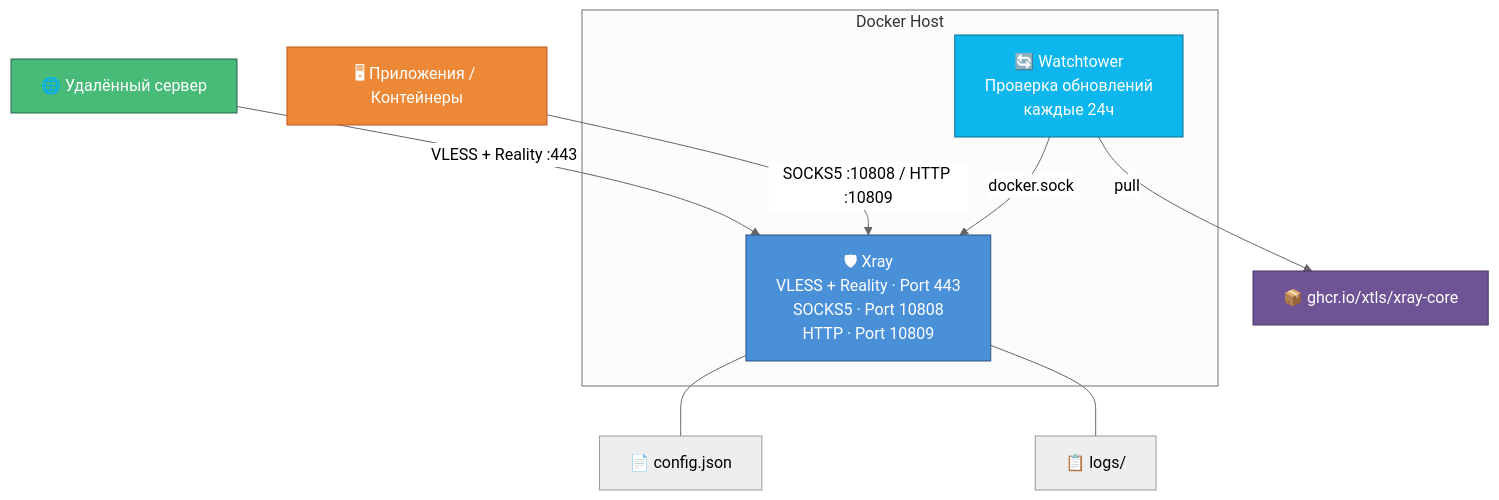
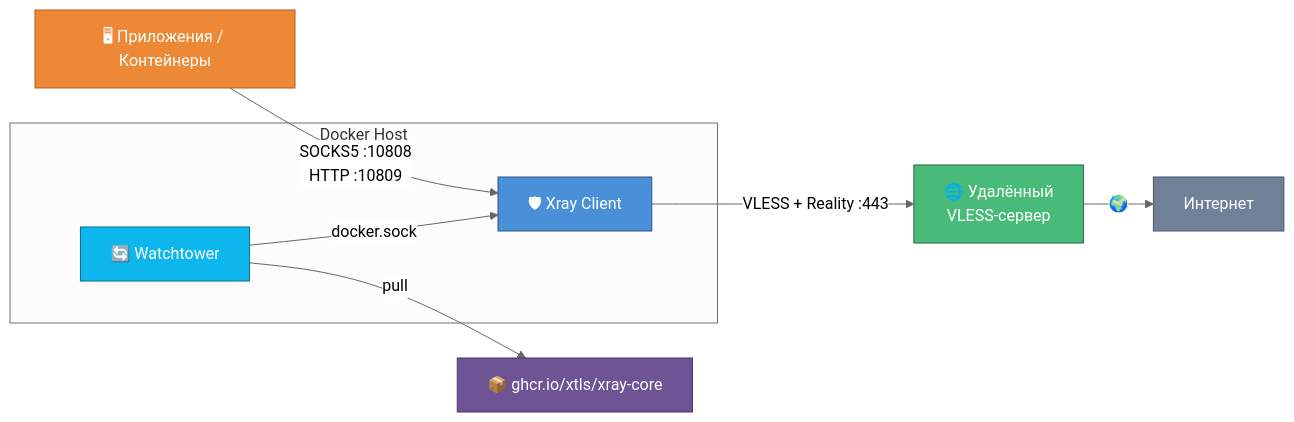
The diagram in README.md (wojidaokz/xray-docker-autoupdate), drawn with Mermaid (neutral theme) before and after one commit. The commit also changed other lines of this file and 2 other files, not shown here.

First line of the commit message:
Restructure as client proxy: fix config, compose, and README

````diff
--- a/README.md
+++ b/README.md
@@ -36,20 +42,21 @@
 ```mermaid
-graph TB
+graph LR
+    A[🖥 Приложения / Контейнеры] -->|SOCKS5 :10808<br/>HTTP :10809| X
+
     subgraph Docker Host
-        X[🛡 Xray<br/>VLESS + Reality · Port 443<br/>SOCKS5 · Port 10808<br/>HTTP · Port 10809]
-        W[🔄 Watchtower<br/>Проверка обновлений<br/>каждые 24ч]
+        X[🛡 Xray Client]
+        W[🔄 Watchtower]
     end
 
-    R[🌐 Удалённый сервер] -->|VLESS + Reality :443| X
-    A[🖥 Приложения / Контейнеры] -->|SOCKS5 :10808 / HTTP :10809| X
-    X --- CF[📄 config.json]
-    X --- LG[📋 logs/]
+    X -->|VLESS + Reality :443| S[🌐 Удалённый<br/>VLESS-сервер]
+    S -->|🌍| I[Интернет]
     W -->|docker.sock| X
     W -->|pull| GHCR[📦 ghcr.io/xtls/xray-core]
 
     style X fill:#4a90d9,stroke:#2c5282,color:#fff
     style W fill:#0db7ed,stroke:#086d8c,color:#fff
+    style S fill:#48bb78,stroke:#276749,color:#fff
+    style A fill:#ed8936,stroke:#c05621,color:#fff
     style GHCR fill:#6e5494,stroke:#4a3768,color:#fff
-    style R fill:#48bb78,stroke:#276749,color:#fff
-    style A fill:#ed8936,stroke:#c05621,color:#fff
+    style I fill:#718096,stroke:#4a5568,color:#fff
 ```
````
